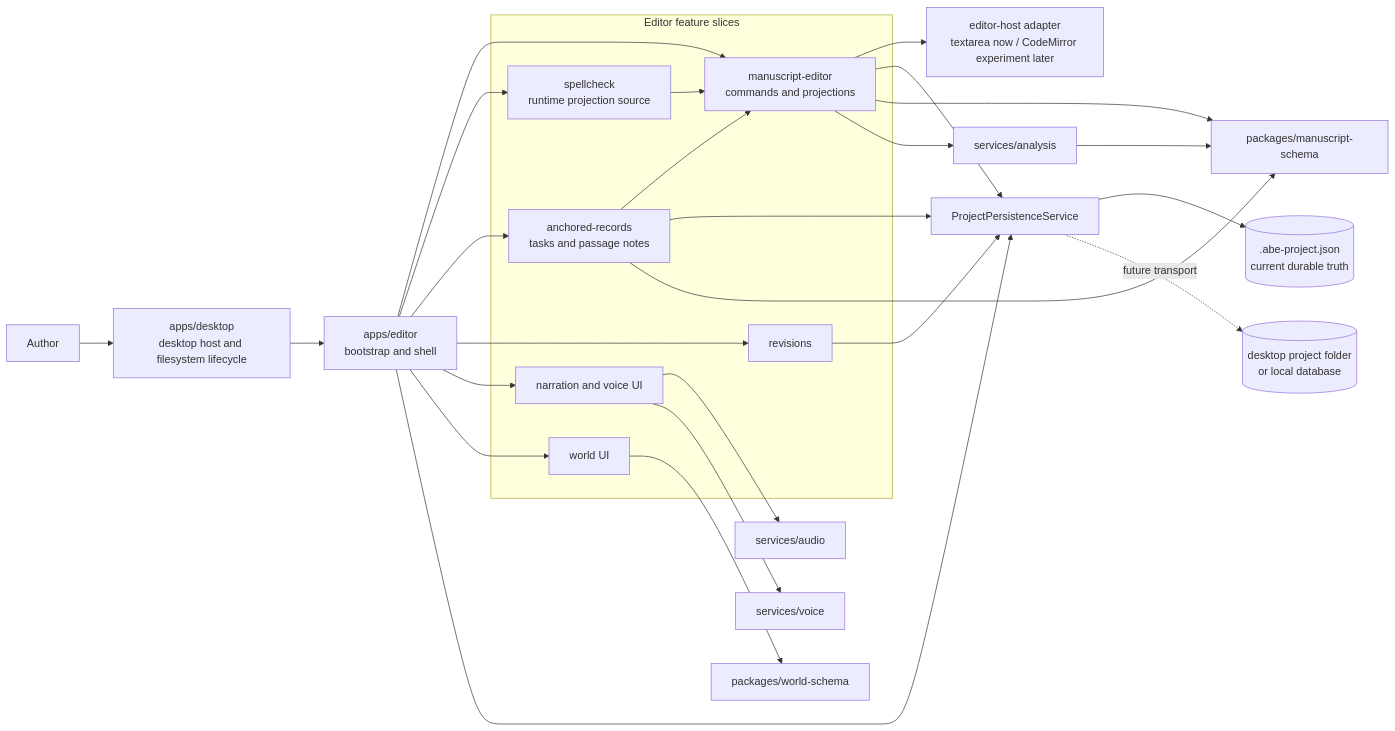
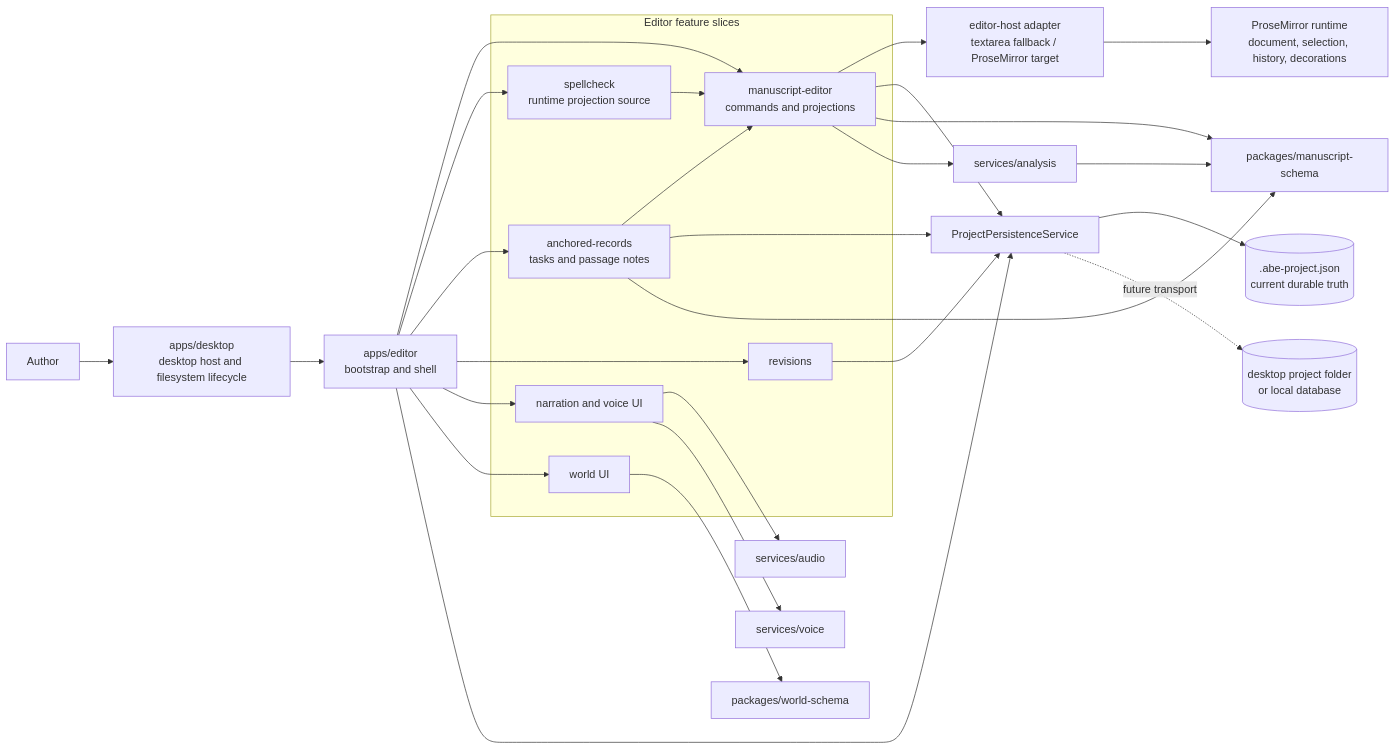
The first of 5 diagrams in docs/architecture/editor-boundary-diagrams.md (D3KOD3R/ABetterWritingEnvironment), drawn with Mermaid before and after one commit. The commit also changed other lines of this file and 47 other files, not shown here.

````diff
--- a/docs/architecture/editor-boundary-diagrams.md
+++ b/docs/architecture/editor-boundary-diagrams.md
@@ -11,40 +11,41 @@
 ```mermaid
 flowchart LR
   Author[Author] --> Desktop[apps/desktop<br/>desktop host and filesystem lifecycle]
   Desktop --> Editor[apps/editor<br/>bootstrap and shell]
 
   subgraph EditorSlices[Editor feature slices]
     Manuscript[manuscript-editor<br/>commands and projections]
     Spellcheck[spellcheck<br/>runtime projection source]
     Records[anchored-records<br/>tasks and passage notes]
     Revisions[revisions]
     Narration[narration and voice UI]
     World[world UI]
   end
 
   Editor --> Manuscript
   Editor --> Spellcheck
   Editor --> Records
   Editor --> Revisions
   Editor --> Narration
   Editor --> World
 
-  Manuscript --> HostAdapter[editor-host adapter<br/>textarea now / CodeMirror experiment later]
+  Manuscript --> HostAdapter[editor-host adapter<br/>textarea fallback / ProseMirror target]
+  HostAdapter --> PMRuntime[ProseMirror runtime<br/>document, selection, history, decorations]
   Spellcheck --> Manuscript
   Records --> Manuscript
 
   Editor --> Persistence[ProjectPersistenceService]
   Records --> Persistence
   Manuscript --> Persistence
   Revisions --> Persistence
   Persistence --> Snapshot[(.abe-project.json<br/>current durable truth)]
   Persistence -. future transport .-> Folder[(desktop project folder<br/>or local database)]
 
   Manuscript --> ManuscriptSchema[packages/manuscript-schema]
   Records --> ManuscriptSchema
   World --> WorldSchema[packages/world-schema]
   Narration --> Audio[services/audio]
   Narration --> Voice[services/voice]
   Manuscript --> Analysis[services/analysis]
   Analysis --> ManuscriptSchema
 ```
````
